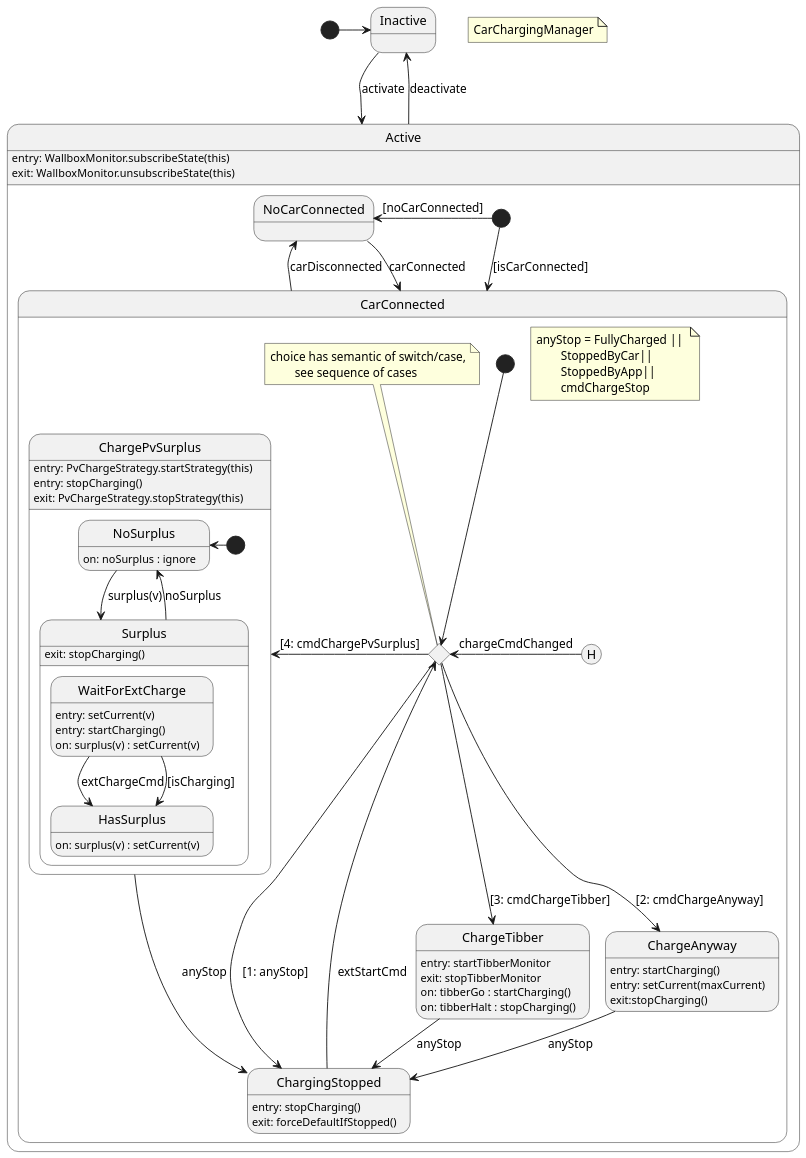
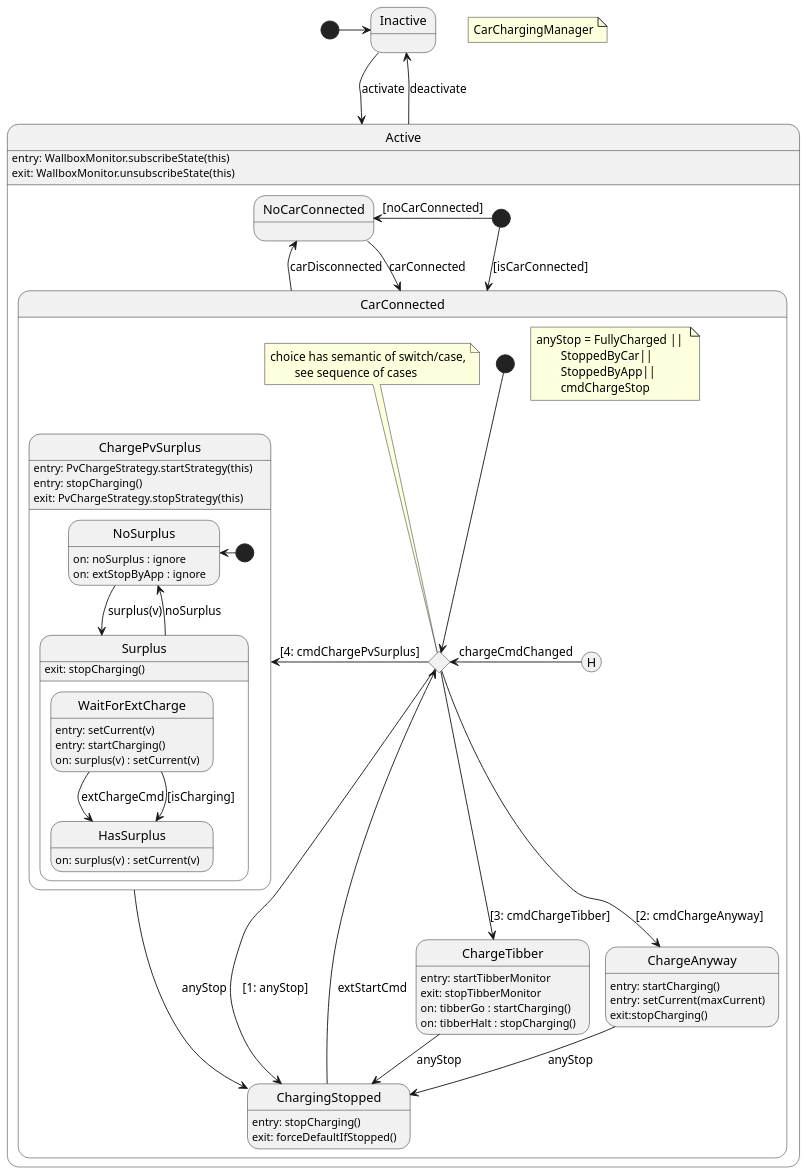
Before and after one commit to geobe/energyControl: the diagram in src/main/groovy/de/geobe/energy/automation/CarChargingManager.puml, drawn with PlantUML. The commit also changed 26 other files, not shown here.

```diff
--- a/src/main/groovy/de/geobe/energy/automation/CarChargingManager.puml
+++ b/src/main/groovy/de/geobe/energy/automation/CarChargingManager.puml
@@ -1,103 +1,104 @@
 @startuml
 'https://plantuml.com/state-diagram
 
 scale 1200 width
 
 [*] -right-> inAct
 
 state "Inactive" as inAct
 state "Active" as act {
     act: entry: WallboxMonitor.subscribeState(this)
     act: exit: WallboxMonitor.unsubscribeState(this)
 
      [*] -left-> noCar : [noCarConnected]
 
     state "NoCarConnected" as noCar
 '      nocl: entry: cancelCharging()
 
     state "CarConnected" as carCon {
 
         state "ChargingStopped" as cStop
             cStop: entry: stopCharging()
             cStop: exit: forceDefaultIfStopped()
 
         state "ChargePvSurplus" as cSurplus {
           cSurplus: entry: PvChargeStrategy.startStrategy(this)
           cSurplus: entry: stopCharging()
           cSurplus: exit: PvChargeStrategy.stopStrategy(this)
 '          cSurplus: exit: stopCharging()
 
           state "Surplus" as sp {
            sp: exit: stopCharging()
 
             state "HasSurplus" as hasPlus {
 '                hasPlus: entry: setCurrent(v)
                 hasPlus: on: surplus(v) : setCurrent(v)
             }
 
             state "WaitForExtCharge" as waitCh
                 waitCh: entry: setCurrent(v)
                 waitCh: entry: startCharging()
                 waitCh: on: surplus(v) : setCurrent(v)
 
         }
 
             state "NoSurplus" as noPlus {
               noPlus: on: noSurplus : ignore
+              noPlus: on: extStopByApp : ignore
             }
 
         state lpstart <<start>>
 
       }
 
       state "ChargeTibber" as cTibber
       cTibber: entry: startTibberMonitor
       cTibber: exit: stopTibberMonitor
       cTibber: on: tibberGo : startCharging()
       cTibber: on: tibberHalt : stopCharging()
 
 
       state "ChargeAnyway" as cAnyway
         cAnyway: entry: startCharging()
         cAnyway: entry: setCurrent(maxCurrent)
         cAnyway: exit:stopCharging()
 
       state "switch" as choiceCmd <<choice>>
 
       note top of choiceCmd
         choice has semantic of switch/case,
         \tsee sequence of cases
       end note
 
       note "anyStop = FullyCharged || \n\tStoppedByCar||\n\tStoppedByApp||\n\tcmdChargeStop" as NcarCon
 
       [H] -l-> choiceCmd : chargeCmdChanged
       [*] --> choiceCmd
     }
      [*] --> carCon : [isCarConnected]
 
 }
 cSurplus -down-> cStop : anyStop
 cTibber -down-> cStop : anyStop
 cAnyway --> cStop : anyStop
 carCon -up-> noCar : carDisconnected
 
 choiceCmd -l-> cSurplus : [4: cmdChargePvSurplus]
 choiceCmd --> cAnyway : [2: cmdChargeAnyway]
 choiceCmd --> cStop : [1: anyStop]
 choiceCmd --> cTibber : [3: cmdChargeTibber]
 cStop -up-> choiceCmd : extStartCmd
 
 noCar --> carCon : carConnected
 inAct -down-> act : activate
 act -up-> inAct : deactivate
 
 noPlus -right-> sp : surplus(v)
 waitCh -down-> hasPlus : extChargeCmd
 waitCh -down-> hasPlus : [isCharging]
 sp -u-> noPlus : noSurplus
 lpstart -left-> noPlus
 
 note "CarChargingManager" as NTop
 
 @enduml
```
